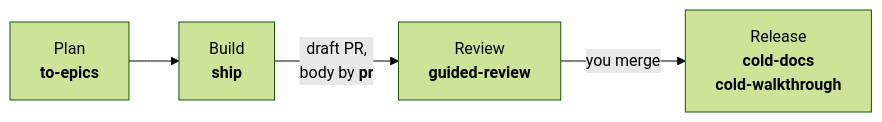
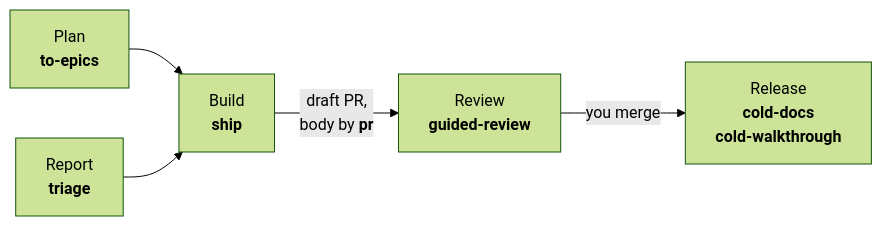
One commit to ITZSHOAIB/dev-skills changed the first of 5 diagrams in README.md. Above: the diagram before and after it, drawn with Mermaid (forest theme). The commit also changed other lines of this file and 2 other files, not shown here.

Commit message:
feat(triage): turn a report into an issue ship can build

````diff
--- a/README.md
+++ b/README.md
@@ -77,6 +79,7 @@
 ```mermaid
 flowchart LR
     P["Plan<br/><b>to-epics</b>"] --> B["Build<br/><b>ship</b>"]
+    T["Report<br/><b>triage</b>"] --> B
     B -->|"draft PR,<br/>body by <b>pr</b>"| R["Review<br/><b>guided-review</b>"]
     R -->|"you merge"| L["Release<br/><b>cold-docs</b><br/><b>cold-walkthrough</b>"]
 ```
````
